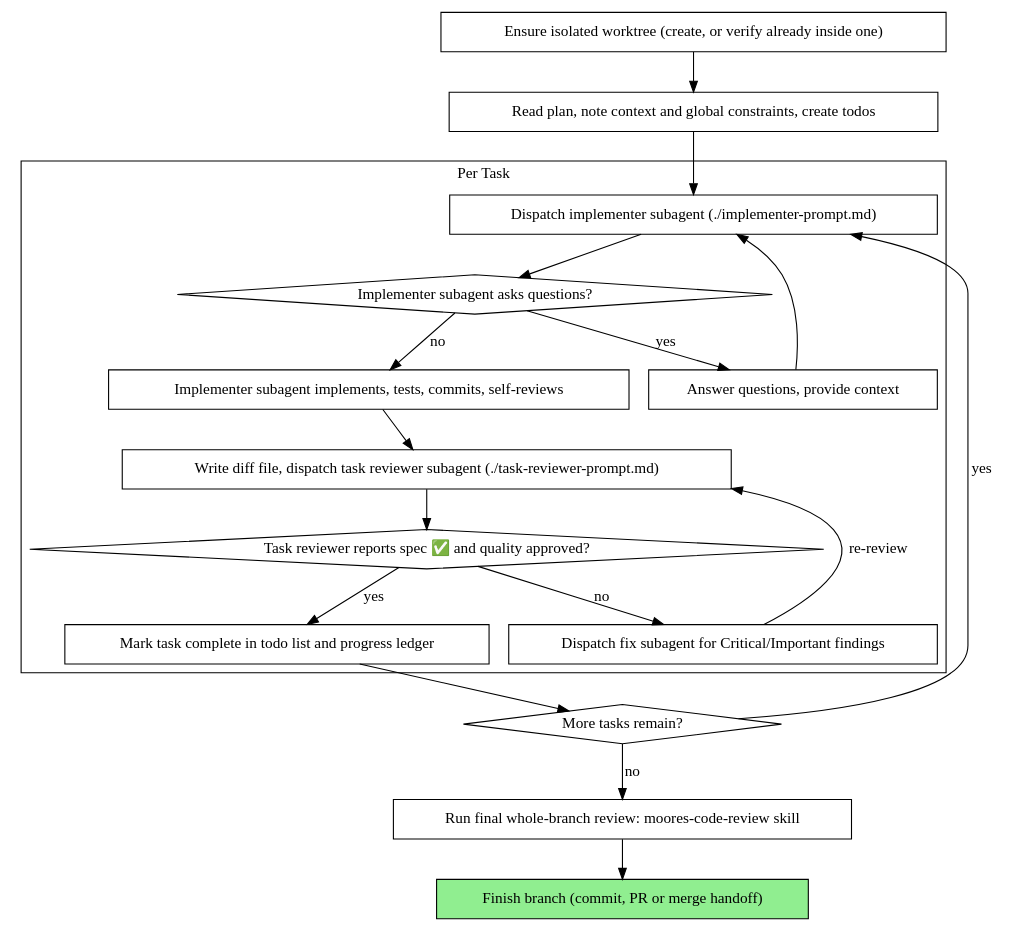
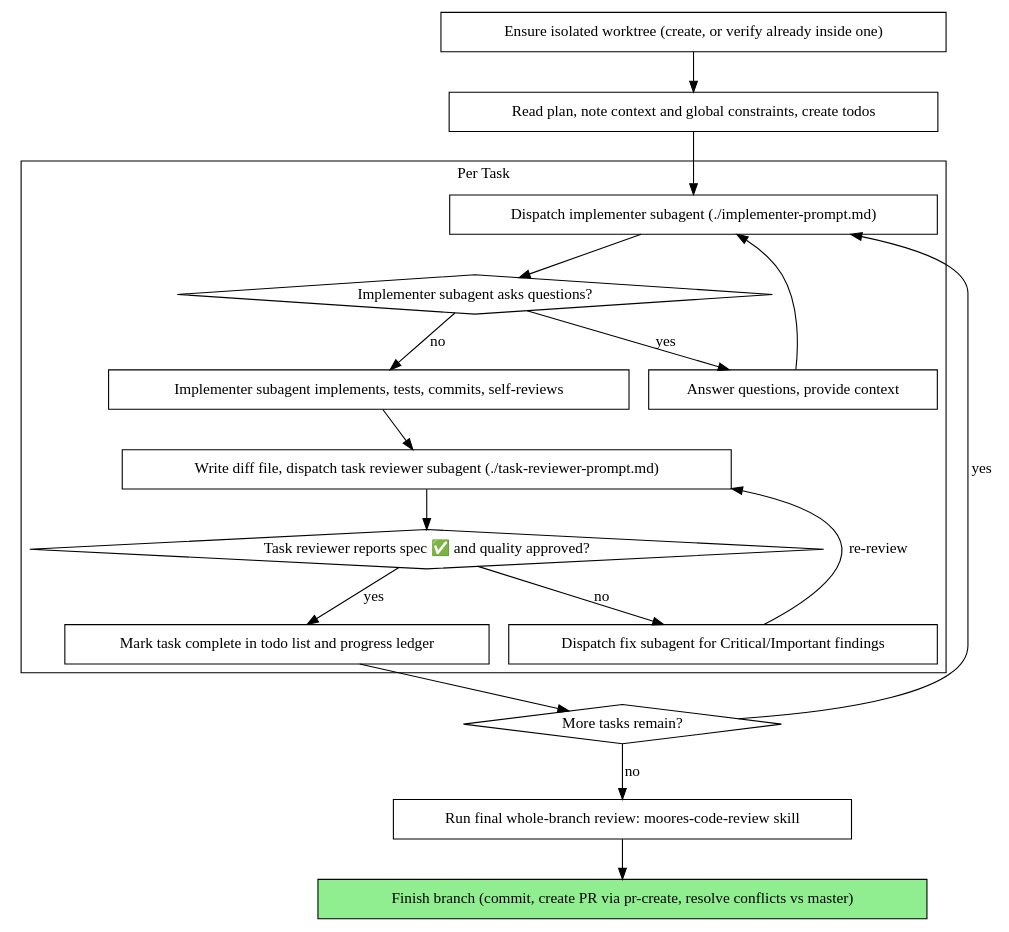
Before and after one commit to moorestech/moorestech: the second of 2 diagrams in .agents/skills/subagent-driven-development/SKILL.md, drawn with Graphviz. The commit also changed other lines of this file and 3 other files, not shown here.

````diff
--- a/.agents/skills/subagent-driven-development/SKILL.md
+++ b/.agents/skills/subagent-driven-development/SKILL.md
@@ -123,39 +123,39 @@
 ```dot
 digraph process {
     rankdir=TB;
 
     subgraph cluster_per_task {
         label="Per Task";
         "Dispatch implementer subagent (./implementer-prompt.md)" [shape=box];
         "Implementer subagent asks questions?" [shape=diamond];
         "Answer questions, provide context" [shape=box];
         "Implementer subagent implements, tests, commits, self-reviews" [shape=box];
         "Write diff file, dispatch task reviewer subagent (./task-reviewer-prompt.md)" [shape=box];
         "Task reviewer reports spec ✅ and quality approved?" [shape=diamond];
         "Dispatch fix subagent for Critical/Important findings" [shape=box];
         "Mark task complete in todo list and progress ledger" [shape=box];
     }
 
     "Ensure isolated worktree (create, or verify already inside one)" [shape=box];
     "Read plan, note context and global constraints, create todos" [shape=box];
     "More tasks remain?" [shape=diamond];
     "Run final whole-branch review: moores-code-review skill" [shape=box];
-    "Finish branch (commit, PR or merge handoff)" [shape=box style=filled fillcolor=lightgreen];
+    "Finish branch (commit, create PR via pr-create, resolve conflicts vs master)" [shape=box style=filled fillcolor=lightgreen];
 
     "Ensure isolated worktree (create, or verify already inside one)" -> "Read plan, note context and global constraints, create todos";
     "Read plan, note context and global constraints, create todos" -> "Dispatch implementer subagent (./implementer-prompt.md)";
     "Dispatch implementer subagent (./implementer-prompt.md)" -> "Implementer subagent asks questions?";
     "Implementer subagent asks questions?" -> "Answer questions, provide context" [label="yes"];
     "Answer questions, provide context" -> "Dispatch implementer subagent (./implementer-prompt.md)";
     "Implementer subagent asks questions?" -> "Implementer subagent implements, tests, commits, self-reviews" [label="no"];
     "Implementer subagent implements, tests, commits, self-reviews" -> "Write diff file, dispatch task reviewer subagent (./task-reviewer-prompt.md)";
     "Write diff file, dispatch task reviewer subagent (./task-reviewer-prompt.md)" -> "Task reviewer reports spec ✅ and quality approved?";
     "Task reviewer reports spec ✅ and quality approved?" -> "Dispatch fix subagent for Critical/Important findings" [label="no"];
     "Dispatch fix subagent for Critical/Important findings" -> "Write diff file, dispatch task reviewer subagent (./task-reviewer-prompt.md)" [label="re-review"];
     "Task reviewer reports spec ✅ and quality approved?" -> "Mark task complete in todo list and progress ledger" [label="yes"];
     "Mark task complete in todo list and progress ledger" -> "More tasks remain?";
     "More tasks remain?" -> "Dispatch implementer subagent (./implementer-prompt.md)" [label="yes"];
     "More tasks remain?" -> "Run final whole-branch review: moores-code-review skill" [label="no"];
-    "Run final whole-branch review: moores-code-review skill" -> "Finish branch (commit, PR or merge handoff)";
+    "Run final whole-branch review: moores-code-review skill" -> "Finish branch (commit, create PR via pr-create, resolve conflicts vs master)";
 }
 ```
````
